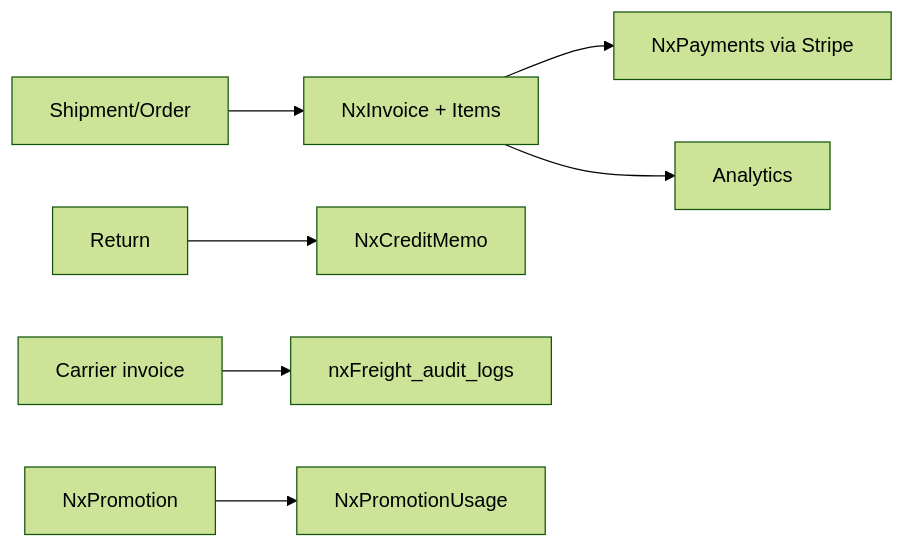
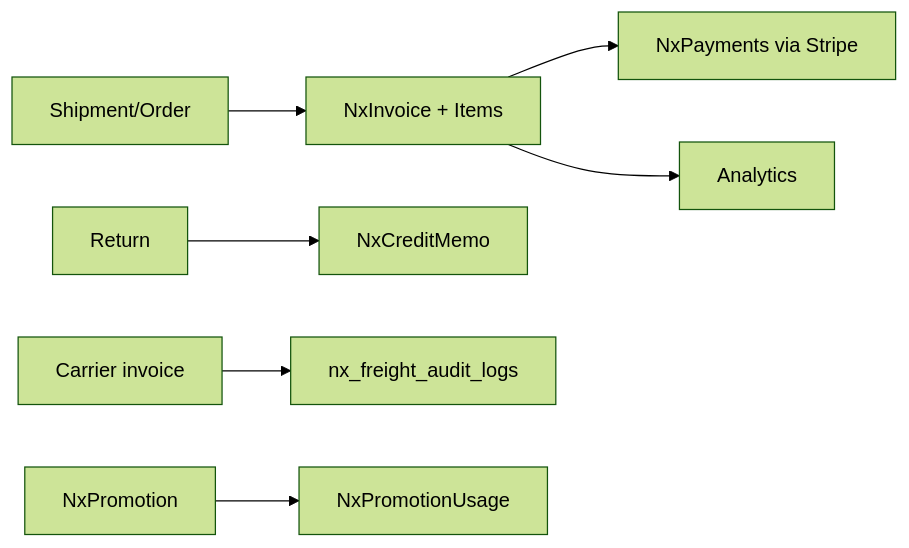
Before and after one commit to Mr-Mayank-Sharma/nexus: the first of 2 diagrams in docs/features/08-finance-billing-payments.md, drawn with Mermaid (forest theme). The commit also changed other lines of this file and 30 other files, not shown here.

````diff
--- a/docs/features/08-finance-billing-payments.md
+++ b/docs/features/08-finance-billing-payments.md
@@ -29,9 +29,9 @@
 ```mermaid
 flowchart LR
     SHIP[Shipment/Order] --> INV[NxInvoice + Items]
     INV --> PAY[NxPayments via Stripe]
     RET[Return] --> CM[NxCreditMemo]
-    FINV[Carrier invoice] --> AUDIT[nxFreight_audit_logs]
+    FINV[Carrier invoice] --> AUDIT[nx_freight_audit_logs]
     INV --> ANA[Analytics]
     PROMO[NxPromotion] --> USAGE[NxPromotionUsage]
 ```
````
